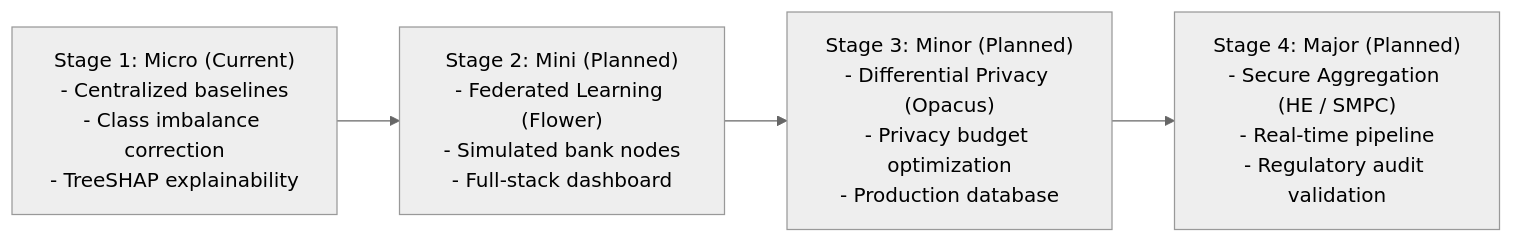
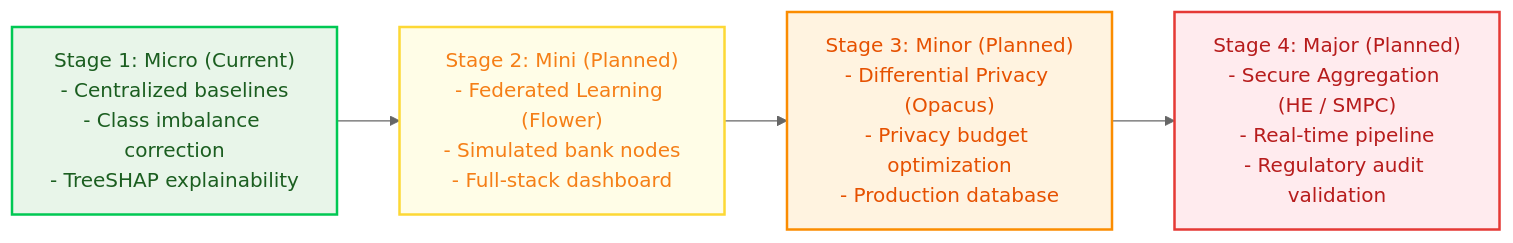
One commit to End-2007/Privacy-Preserving-Multi-Institutional-Financial-Fraud-Detection changed the fourth of 4 diagrams in ARCHITECTURE.md. Above: the diagram before and after it, drawn with Mermaid (neutral theme). The commit also changed other lines of this file and 2 other files, not shown here.

````diff
--- a/ARCHITECTURE.md
+++ b/ARCHITECTURE.md
@@ -113,9 +144,14 @@
 ```mermaid
 flowchart LR
     S1["Stage 1: Micro (Current)\n- Centralized baselines\n- Class imbalance correction\n- TreeSHAP explainability"]
     S2["Stage 2: Mini (Planned)\n- Federated Learning (Flower)\n- Simulated bank nodes\n- Full-stack dashboard"]
     S3["Stage 3: Minor (Planned)\n- Differential Privacy (Opacus)\n- Privacy budget optimization\n- Production database"]
     S4["Stage 4: Major (Planned)\n- Secure Aggregation (HE / SMPC)\n- Real-time pipeline\n- Regulatory audit validation"]
 
     S1 --> S2 --> S3 --> S4
+
+    style S1 fill:#E8F5E9,stroke:#00C853,stroke-width:2px,color:#1B5E20
+    style S2 fill:#FFFDE7,stroke:#FDD835,stroke-width:2px,color:#F57F17
+    style S3 fill:#FFF3E0,stroke:#FB8C00,stroke-width:2px,color:#E65100
+    style S4 fill:#FFEBEE,stroke:#E53935,stroke-width:2px,color:#B71C1C
 ```
````
